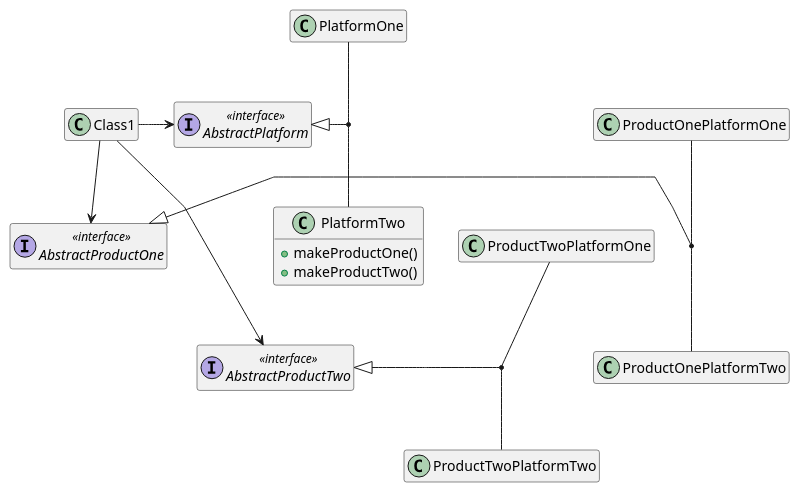
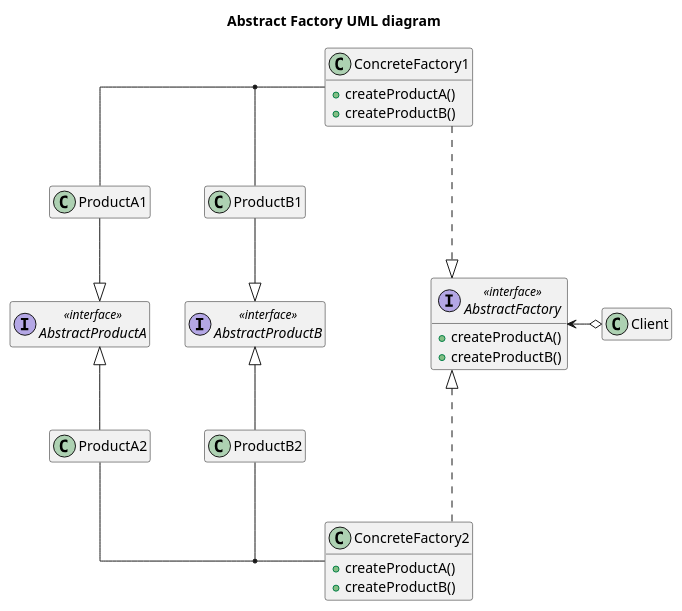
One commit to nazares/Design-Patterns changed the diagram in Creational/AbstractFactory/AbstractFactory.pu. Above: the diagram before and after it, drawn with PlantUML. The commit also changed other lines of this file and 1 other file, not shown here.

Commit message:
Add Abstract Factory uml diagram

```diff
--- a/Creational/AbstractFactory/AbstractFactory.pu
+++ b/Creational/AbstractFactory/AbstractFactory.pu
@@ -1,29 +3,73 @@
 @startuml AbstractFactory
-    ' skinparam linetype ortho
-    skinparam linetype polyline
-    top to bottom direction
-    hide empty members
-    interface AbstractProductOne <<interface>>
-    interface AbstractProductTwo <<interface>>
-    interface AbstractPlatform <<interface>>
-    class Class1
-    class ProductOnePlatformOne
-    class ProductOnePlatformTwo
-    class ProductTwoPlatformOne
-    class ProductTwoPlatformTwo
-    class PlatformOne
-    class PlatformTwo {
-        + makeProductOne()
-        + makeProductTwo()
-    }
 
-    Class1 -> AbstractPlatform
-    AbstractPlatform <|- (PlatformOne, PlatformTwo)
-    Class1 --> AbstractProductOne
-    ' ProductOnePlatformOne -[hidden]l- ProductOnePlatformTwo
-    AbstractProductOne <|- (ProductOnePlatformOne, ProductOnePlatformTwo)
-    Class1 ---> AbstractProductTwo
-    ' ProductTwoPlatformOne -[hidden]l- ProductTwoPlatformTwo
-    AbstractProductTwo <|-u- (ProductTwoPlatformOne, ProductTwoPlatformTwo)
+title Abstract Factory UML diagram
 
+skinparam linetype polyline
+skinparam linetype ortho
+
+' left to right direction
+
+hide empty members
+
+class Client
+
+interface AbstractFactory <<interface>> {
+    + createProductA()
+    + createProductB()
+}
+
+class ConcreteFactory1 {
+    + createProductA()
+    + createProductB()
+}
+
+class ConcreteFactory2 {
+    + createProductA()
+    + createProductB()
+}
+
+interface AbstractProductA <<interface>>
+
+class ProductA2
+class ProductA1
+
+interface AbstractProductB <<interface>>
+class ProductB2
+class ProductB1
+
+ConcreteFactory1 ...|> AbstractFactory
+' (ProductA1, ProductB1) <- ConcreteFactory1
+AbstractFactory <|.. ConcreteFactory2
+' (ProductA2, ProductB2) <- ConcreteFactory2
+' ProductA1 --|> AbstractProductA
+' AbstractProductA <|-- ProductA2
+' ProductB1 --|> AbstractProductB
+' AbstractProductB <|-- ProductB2
+
+' ProductA1 <- ConcreteFactory1
+
+(ProductB1, ProductA1) - ConcreteFactory1
+(ProductB2, ProductA2) - ConcreteFactory2
+' ConcreteFactory1 -> ProductB1
+' ProductA2 <- ConcreteFactory2
+' ProductB2 <- ConcreteFactory2
+' ConcreteFactory2 -> ProductB2
+
+ProductA1 --|> AbstractProductA
+AbstractProductA <|-- ProductA2
+
+ProductB1 --|> AbstractProductB
+AbstractProductB <|-- ProductB2
+
+AbstractProductB -[hidden]l- AbstractProductA
+
+ProductB1 -[hidden]l- ProductA1
+ProductB2 -[hidden]l- ProductA2
+
+ProductB1 -[hidden]-> ProductB2
+ProductA1 -[hidden]-> ProductA2
+
+AbstractProductB ..[hidden]r.. AbstractFactory
+
+AbstractFactory <-o Client
 @enduml
```
